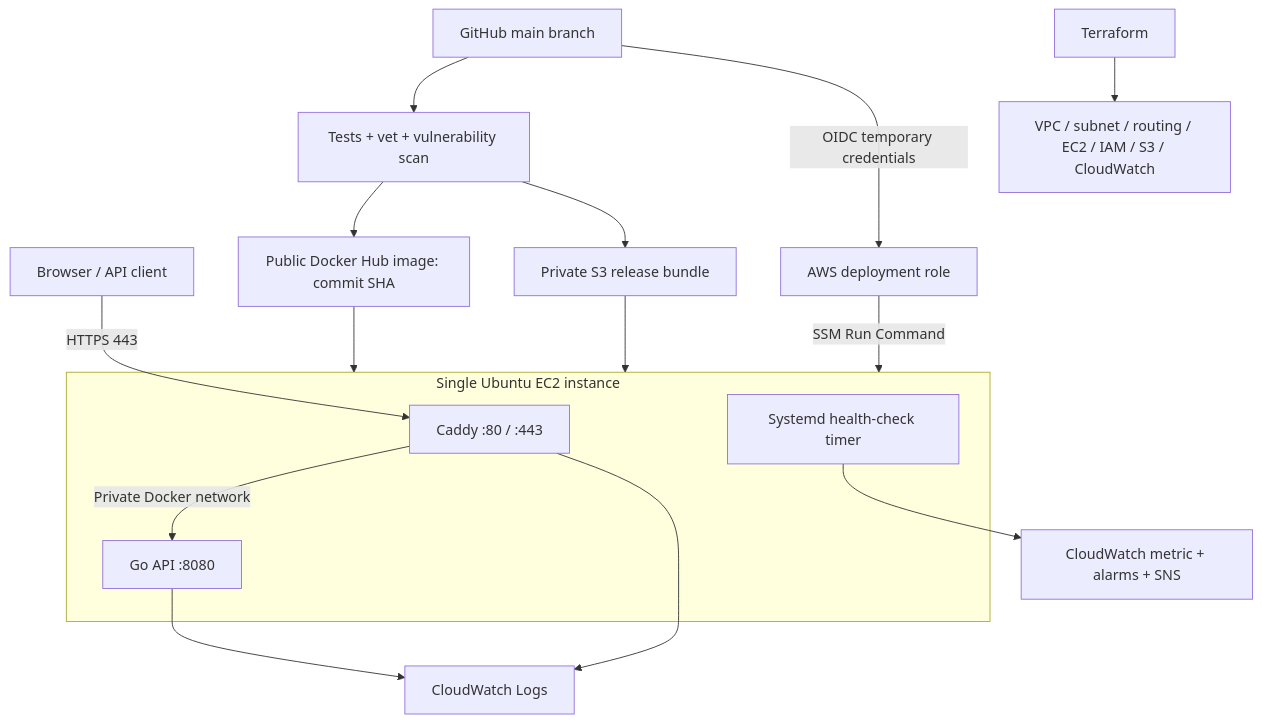
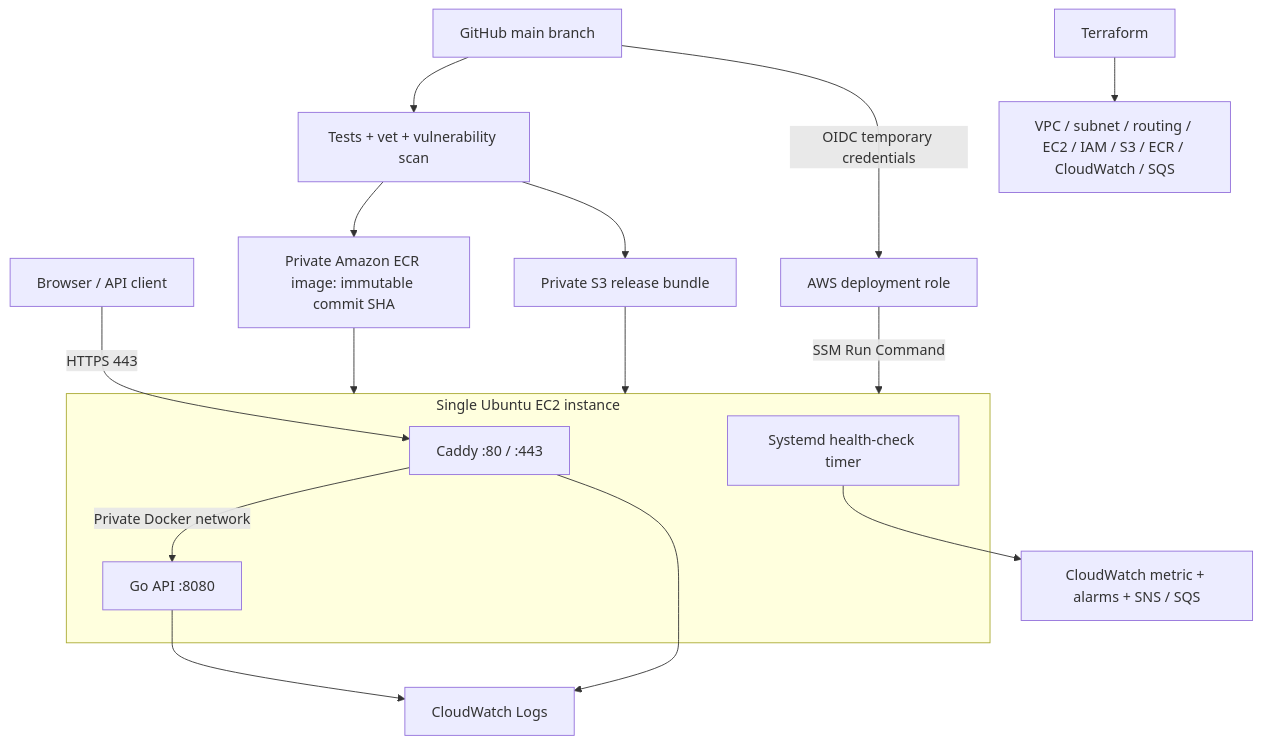
Before and after one commit to rhysch/go-aws-platform: the diagram in README.md, drawn with Mermaid. The commit also changed other lines of this file and 12 other files, not shown here.

Commit message:
Prepare AWS deployment with private ECR, temporary HTTPS hostname and alarm delivery

````diff
--- a/README.md
+++ b/README.md
@@ -9,21 +9,21 @@
 ```mermaid
 flowchart TD
     User[Browser / API client] -->|HTTPS 443| Caddy
     Caddy -->|Private Docker network| API[Go API :8080]
     GitHub[GitHub main branch] --> Test[Tests + vet + vulnerability scan]
-    Test --> Hub[Public Docker Hub image: commit SHA]
+    Test --> Hub[Private Amazon ECR image: immutable commit SHA]
     Test --> Bundle[Private S3 release bundle]
     GitHub -->|OIDC temporary credentials| Role[AWS deployment role]
     Role -->|SSM Run Command| EC2
     Hub --> EC2
     Bundle --> EC2
-    Terraform --> AWS[VPC / subnet / routing / EC2 / IAM / S3 / CloudWatch]
+    Terraform --> AWS[VPC / subnet / routing / EC2 / IAM / S3 / ECR / CloudWatch / SQS]
     subgraph EC2[Single Ubuntu EC2 instance]
       Caddy[Caddy :80 / :443]
       API
       Timer[Systemd health-check timer]
     end
     API --> Logs[CloudWatch Logs]
     Caddy --> Logs
-    Timer --> Metrics[CloudWatch metric + alarms + SNS]
+    Timer --> Metrics[CloudWatch metric + alarms + SNS / SQS]
 ```
````
